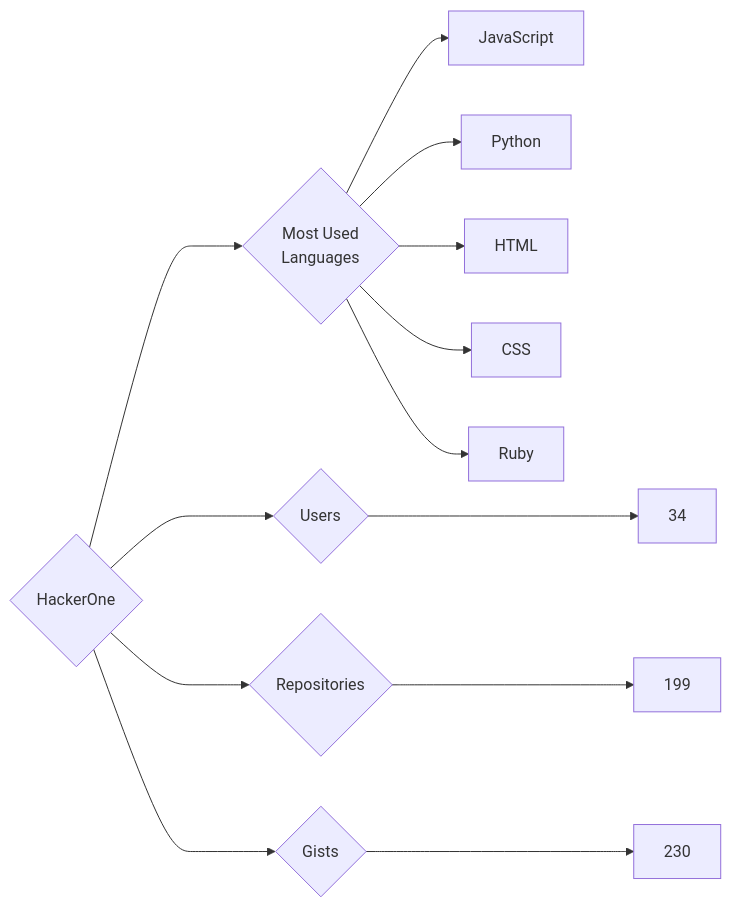
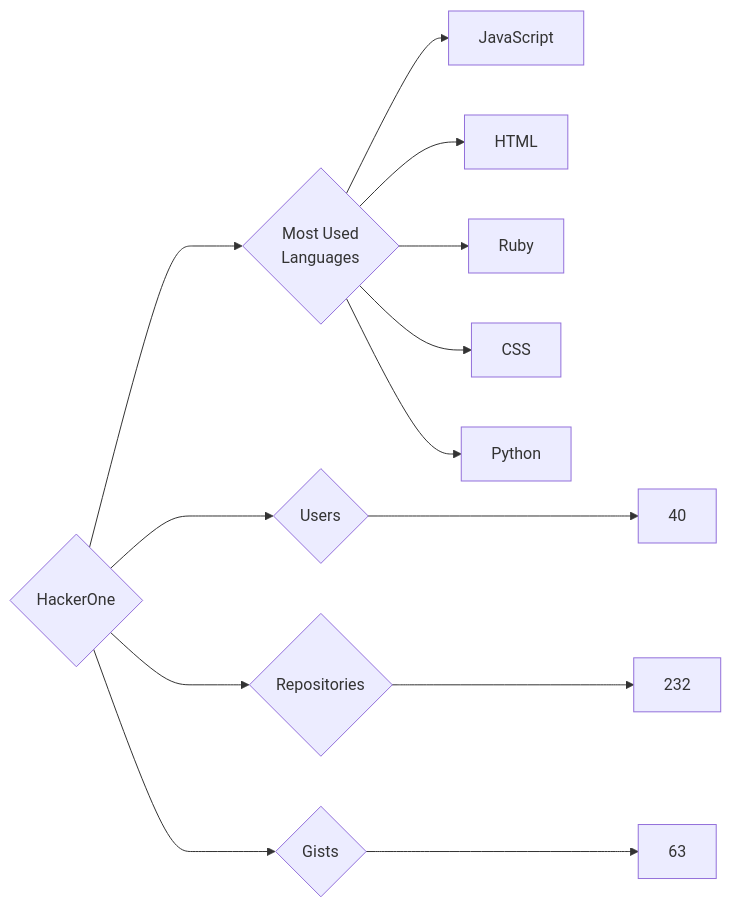
The diagram in targets/HackerOne/README.md (trickest/insiders), drawn with Mermaid before and after one commit. The commit also changed 772 other files, not shown here.

````diff
--- a/targets/HackerOne/README.md
+++ b/targets/HackerOne/README.md
@@ -3,13 +3,13 @@
 ```mermaid
 graph LR
 COMPANY_NAME{HackerOne}
-COMPANY_NAME ---> U{Users} ---> UN[34]
-COMPANY_NAME ---> R{Repositories} ---> RN[199]
-COMPANY_NAME ---> G{Gists} ---> GN[230]
+COMPANY_NAME ---> U{Users} ---> UN[40]
+COMPANY_NAME ---> R{Repositories} ---> RN[232]
+COMPANY_NAME ---> G{Gists} ---> GN[63]
 COMPANY_NAME ---> ML{Most Used<br>Languages}
 ML --> JavaScript[JavaScript]
+ML --> HTML[HTML]
+ML --> Ruby[Ruby]
+ML --> CSS[CSS]
 ML --> Python[Python]
-ML --> HTML[HTML]
-ML --> CSS[CSS]
-ML --> Ruby[Ruby]
 ```
````
